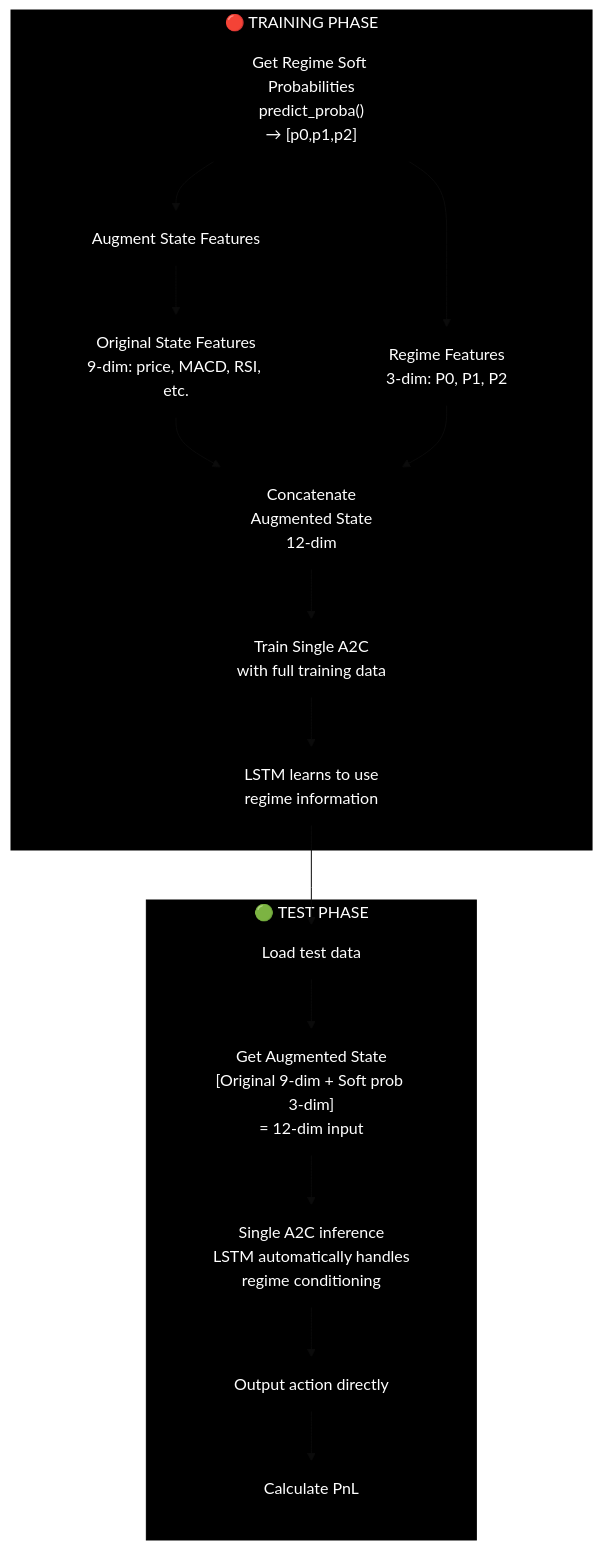
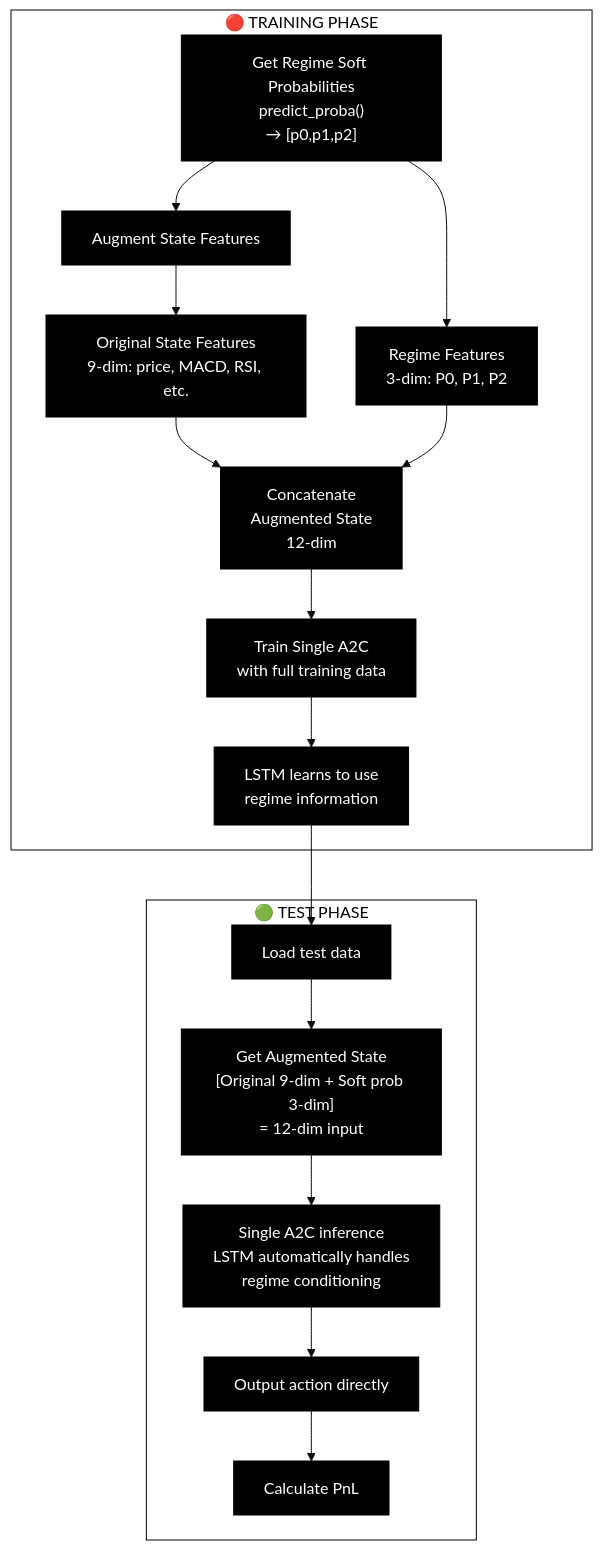
One commit to C-CU-2025-Fall/IEOR4733_Project changed the third of 4 diagrams in regime_detection/DIAGRAMS.md. Above: the diagram before and after it, drawn with Mermaid. The commit also changed 1 other file, not shown here.

````diff
--- a/regime_detection/DIAGRAMS.md
+++ b/regime_detection/DIAGRAMS.md
@@ -81,37 +81,37 @@
 ```mermaid
 %%{init: {'theme': 'base', 'themeVariables': { 'primaryColor': '#000000', 'primaryTextColor': '#FFFFFF', 'primaryBorderColor': '#000000', 'backgroundColor': '#FFFFFF', 'secondaryColor': '#000000', 'secondaryTextColor': '#FFFFFF', 'secondaryBorderColor': '#000000', 'tertiaryColor': '#000000', 'tertiaryTextColor': '#FFFFFF', 'tertiaryBorderColor': '#000000', 'noteBkgColor': '#000000', 'noteBorderColor': '#000000', 'noteTextColor': '#FFFFFF'}}}%%
 graph TD
     subgraph train["🔴 TRAINING PHASE"]
         A1["Get Regime Soft Probabilities<br/>predict_proba()<br/>→ [p0,p1,p2]"] --> A2["Augment State Features"]
         A2 --> A3["Original State Features<br/>9-dim: price, MACD, RSI, etc."]
         A1 --> A4["Regime Features<br/>3-dim: P0, P1, P2"]
         A3 --> A5["Concatenate<br/>Augmented State<br/>12-dim"]
         A4 --> A5
         A5 --> A6["Train Single A2C<br/>with full training data"]
         A6 --> A7["LSTM learns to use<br/>regime information"]
     end
     
     subgraph test["🟢 TEST PHASE"]
         B1["Load test data"] --> B2["Get Augmented State<br/>[Original 9-dim + Soft prob 3-dim]<br/>= 12-dim input"]
         B2 --> B3["Single A2C inference<br/>LSTM automatically handles<br/>regime conditioning"]
         B3 --> B4["Output action directly"]
         B4 --> B5["Calculate PnL"]
     end
     
     A7 --> B1
     
-    style train fill:#000000,stroke:#000000,color:#FFFFFF
-    style test fill:#000000,stroke:#000000,color:#FFFFFF
+    style train fill:#FFFFFF,stroke:#000000,color:#000000
+    style test fill:#FFFFFF,stroke:#000000,color:#000000
     style A1 fill:#000000,stroke:#000000,color:#FFFFFF
     style A2 fill:#000000,stroke:#000000,color:#FFFFFF
     style A3 fill:#000000,stroke:#000000,color:#FFFFFF
     style A4 fill:#000000,stroke:#000000,color:#FFFFFF
     style A5 fill:#000000,stroke:#000000,color:#FFFFFF
     style A6 fill:#000000,stroke:#000000,color:#FFFFFF
     style A7 fill:#000000,stroke:#000000,color:#FFFFFF
     style B1 fill:#000000,stroke:#000000,color:#FFFFFF
     style B2 fill:#000000,stroke:#000000,color:#FFFFFF
     style B3 fill:#000000,stroke:#000000,color:#FFFFFF
     style B4 fill:#000000,stroke:#000000,color:#FFFFFF
     style B5 fill:#000000,stroke:#000000,color:#FFFFFF
 ```
````
